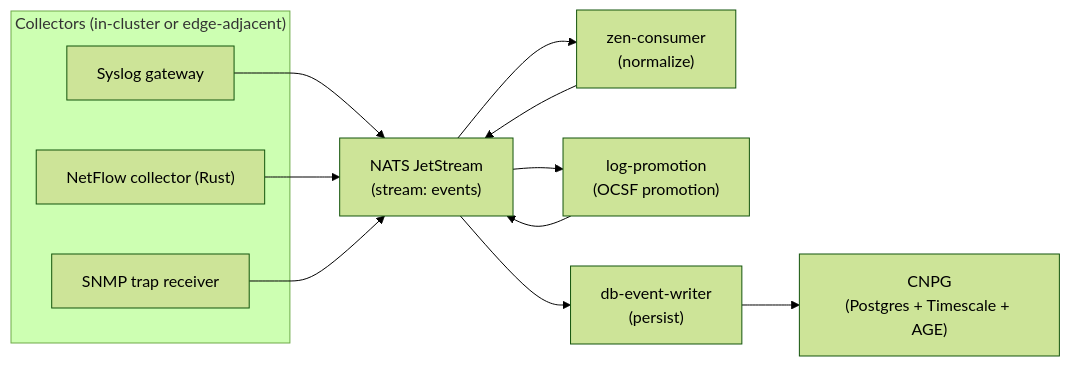
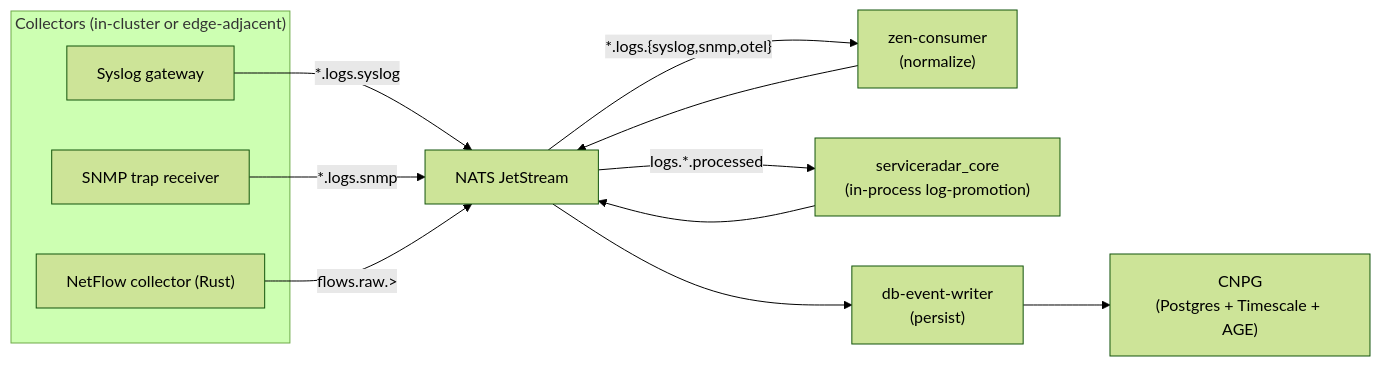
The diagram in docs/docs/data-pipeline.md (carverauto/serviceradar), drawn with Mermaid (forest theme) before and after one commit. The commit also changed other lines of this file and 31 other files, not shown here.

````diff
--- a/docs/docs/data-pipeline.md
+++ b/docs/docs/data-pipeline.md
@@ -18,24 +18,24 @@
 ```mermaid
 flowchart LR
   subgraph Collectors["Collectors (in-cluster or edge-adjacent)"]
     Syslog["Syslog gateway"]
     Netflow["NetFlow collector (Rust)"]
     Trapd["SNMP trap receiver"]
   end
 
-  NATS["NATS JetStream\n(stream: events)"]
+  NATS["NATS JetStream"]
 
   Zen["zen-consumer\n(normalize)"]
-  Promote["log-promotion\n(OCSF promotion)"]
+  Core["serviceradar_core\n(in-process log-promotion)"]
   Writer["db-event-writer\n(persist)"]
 
   CNPG["CNPG\n(Postgres + Timescale + AGE)"]
 
-  Syslog --> NATS
-  Netflow --> NATS
-  Trapd --> NATS
+  Syslog -->|"*.logs.syslog"| NATS
+  Trapd -->|"*.logs.snmp"| NATS
+  Netflow -->|"flows.raw.>"| NATS
 
-  NATS --> Zen --> NATS
-  NATS --> Promote --> NATS
+  NATS -->|"*.logs.{syslog,snmp,otel}"| Zen --> NATS
+  NATS -->|"logs.*.processed"| Core --> NATS
   NATS --> Writer --> CNPG
 ```
````
